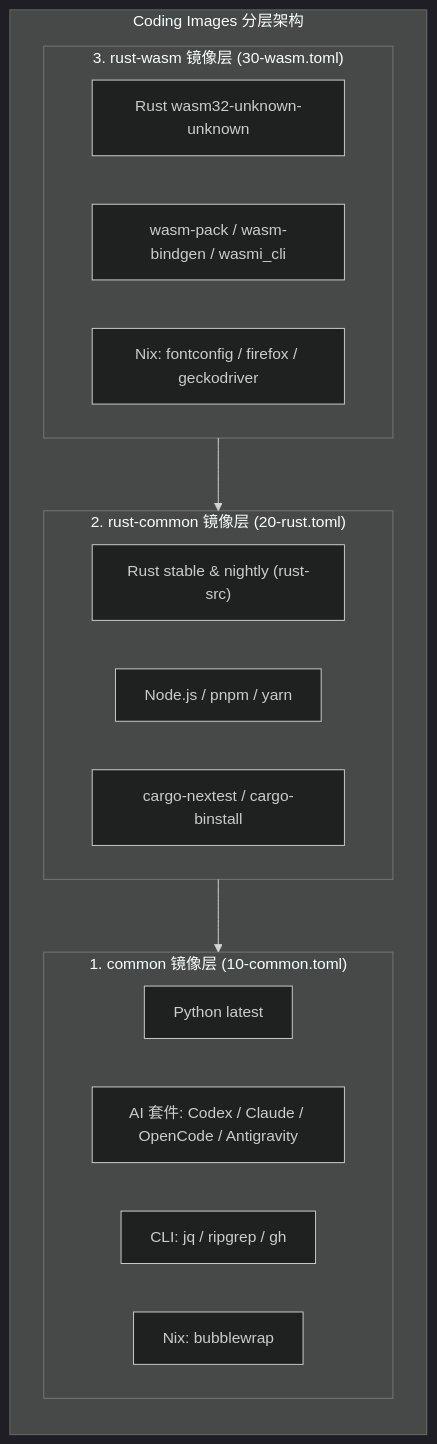
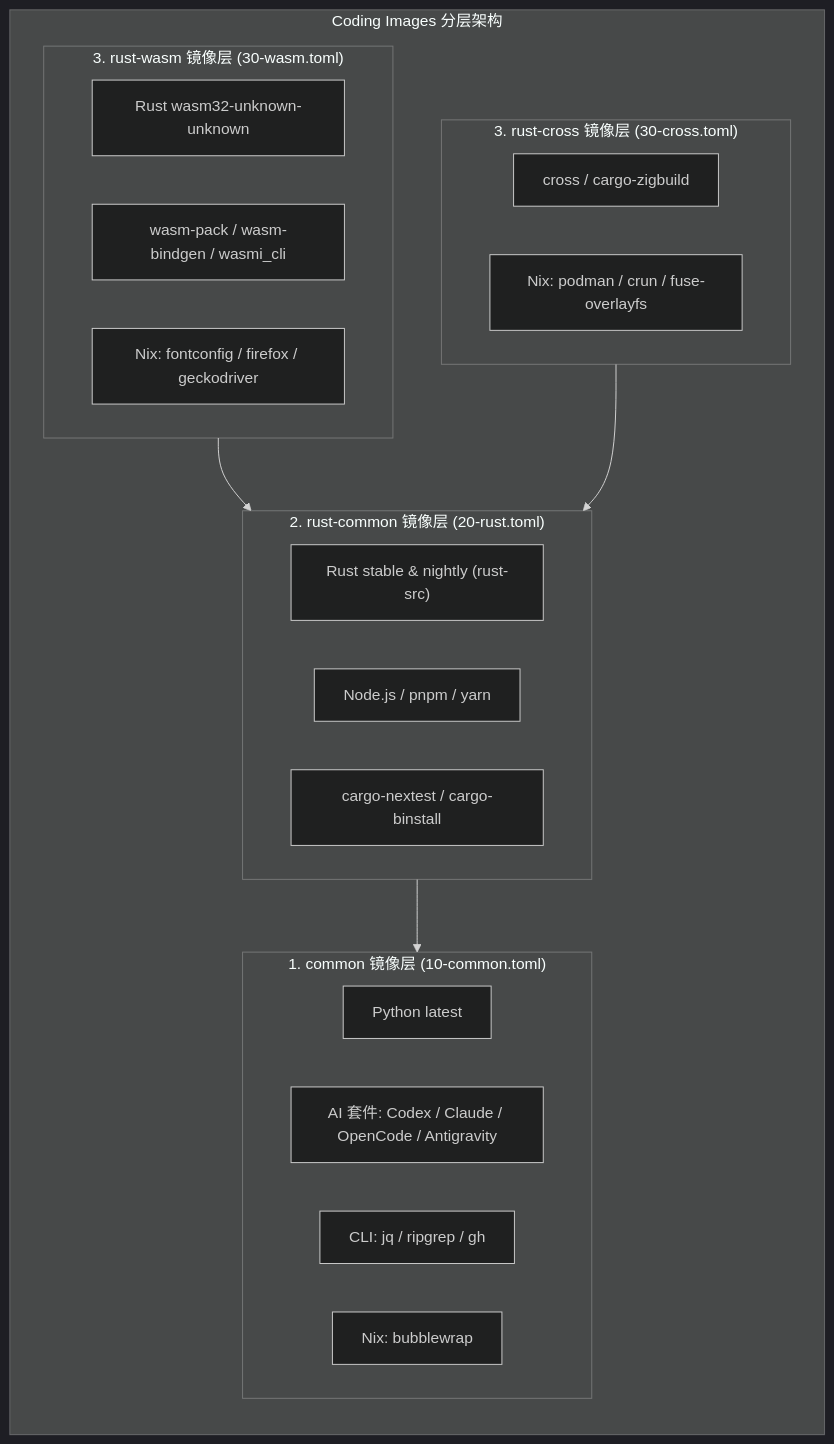
One commit to shaogme/coding-images changed the second of 5 diagrams in README.md. Above: the diagram before and after it, drawn with Mermaid (dark theme). The commit also changed other lines of this file and 5 other files, not shown here.

First line of the commit message:
feat(rust-cross): add Podman-based Rust cross-compilation image

````diff
--- a/README.md
+++ b/README.md
@@ -147,28 +164,34 @@
 ```mermaid
 flowchart TB
     subgraph ContainerHierarchy["Coding Images 分层架构"]
         direction TB
 
         subgraph CommonLayer["1. common 镜像层 (10-common.toml)"]
             Python["Python latest"]
             AITools["AI 套件: Codex / Claude / OpenCode / Antigravity"]
             Utils["CLI: jq / ripgrep / gh"]
             NixBase["Nix: bubblewrap"]
         end
 
         subgraph RustLayer["2. rust-common 镜像层 (20-rust.toml)"]
             RustToolchains["Rust stable & nightly (rust-src)"]
             NodeTools["Node.js / pnpm / yarn"]
             CargoTools["cargo-nextest / cargo-binstall"]
         end
 
         subgraph WasmLayer["3. rust-wasm 镜像层 (30-wasm.toml)"]
             WasmTargets["Rust wasm32-unknown-unknown"]
             WasmTools["wasm-pack / wasm-bindgen / wasmi_cli"]
             NixWasm["Nix: fontconfig / firefox / geckodriver"]
         end
 
+        subgraph CrossLayer["3. rust-cross 镜像层 (30-cross.toml)"]
+            CrossTools["cross / cargo-zigbuild"]
+            NixCross["Nix: podman / crun / fuse-overlayfs"]
+        end
+
         WasmLayer --> RustLayer
+        CrossLayer --> RustLayer
         RustLayer --> CommonLayer
     end
 ```
````
